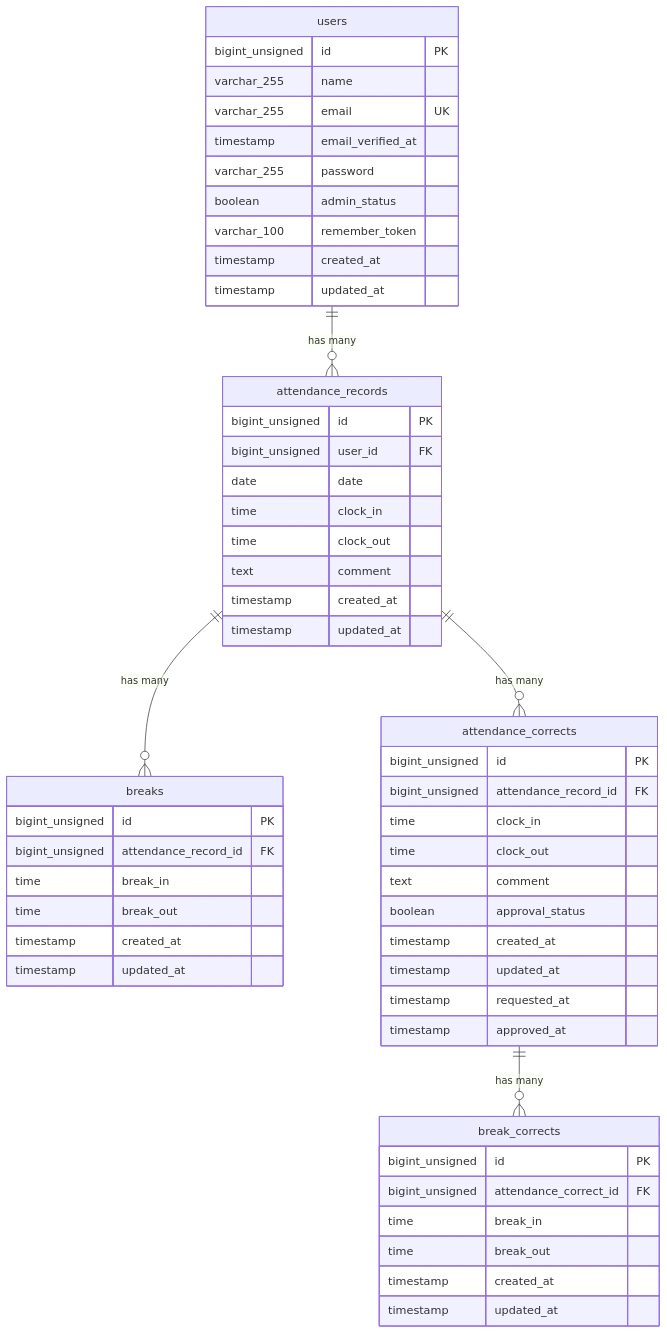
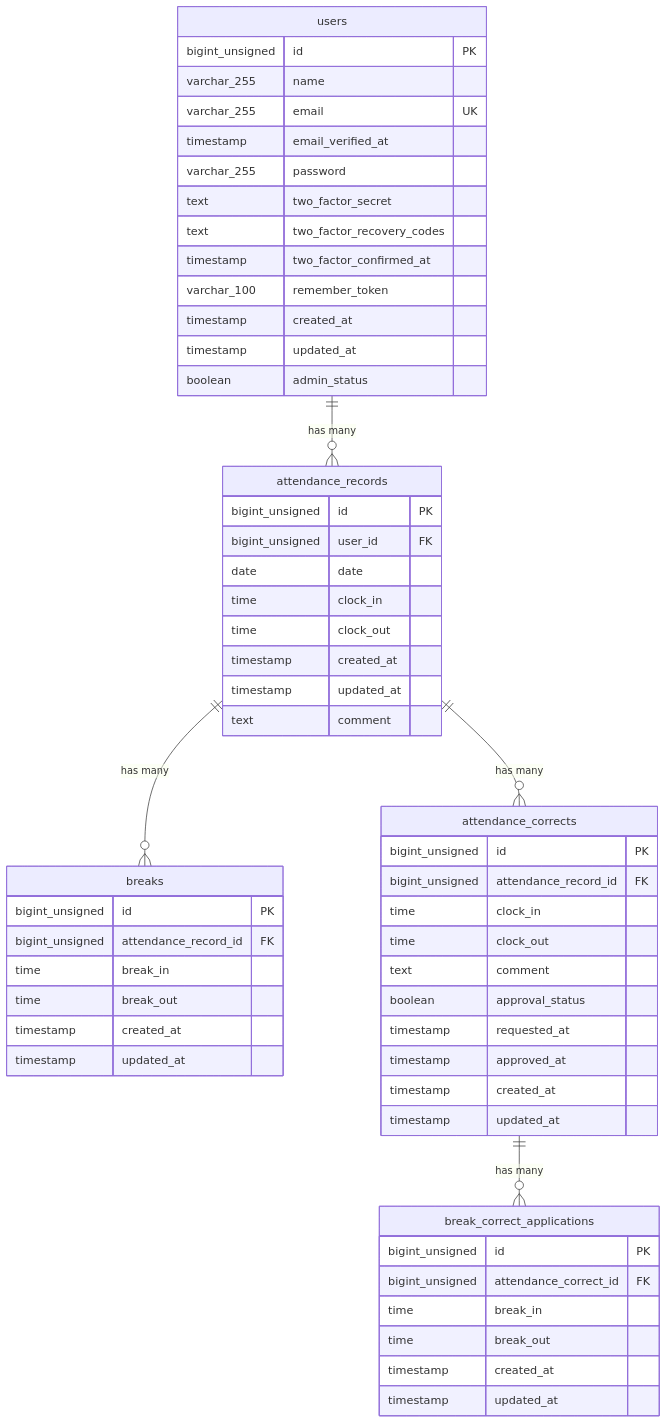
Before and after one commit to Ayuu-miyamoto/attendance-app: the diagram in README.md, drawn with Mermaid. The commit also changed other lines of this file and 4 other files, not shown here.

Commit message:
READMEのER図とSeeder、マイグレーションを修正

````diff
--- a/README.md
+++ b/README.md
@@ -30,61 +30,64 @@
 ```mermaid
 erDiagram
     users {
         bigint_unsigned id PK
         varchar_255 name
         varchar_255 email UK
         timestamp email_verified_at
         varchar_255 password
-        boolean admin_status
+        text two_factor_secret
+        text two_factor_recovery_codes
+        timestamp two_factor_confirmed_at
         varchar_100 remember_token
         timestamp created_at
         timestamp updated_at
+        boolean admin_status
     }
 
     attendance_records {
         bigint_unsigned id PK
         bigint_unsigned user_id FK
         date date
         time clock_in
         time clock_out
-        text comment 
         timestamp created_at
         timestamp updated_at
+        text comment
     }
 
     breaks {
         bigint_unsigned id PK
         bigint_unsigned attendance_record_id FK
         time break_in
         time break_out
         timestamp created_at
         timestamp updated_at
     }
 
     attendance_corrects {
         bigint_unsigned id PK
         bigint_unsigned attendance_record_id FK
         time clock_in
         time clock_out
         text comment
         boolean approval_status
+        timestamp requested_at
+        timestamp approved_at
         timestamp created_at
         timestamp updated_at
-        timestamp requested_at
-        timestamp approved_at
     }
 
-    break_corrects {
+    break_correct_applications {
         bigint_unsigned id PK
         bigint_unsigned attendance_correct_id FK
         time break_in
         time break_out
         timestamp created_at
         timestamp updated_at
     }
 
     users ||--o{ attendance_records : "has many"
     attendance_records ||--o{ breaks : "has many"
     attendance_records ||--o{ attendance_corrects : "has many"
-    attendance_corrects ||--o{ break_corrects : "has many"
+    attendance_corrects ||--o{ break_correct_applications : "has many"
 ```
````
